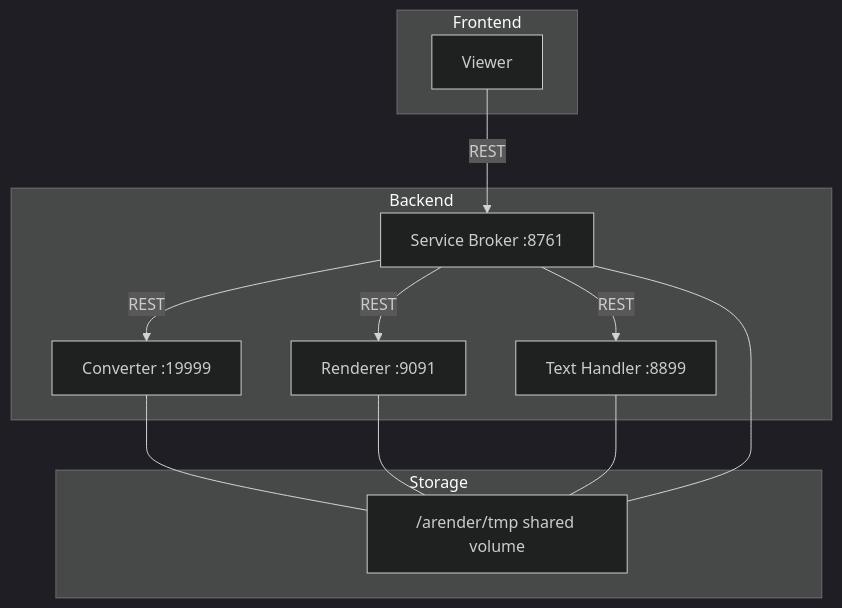
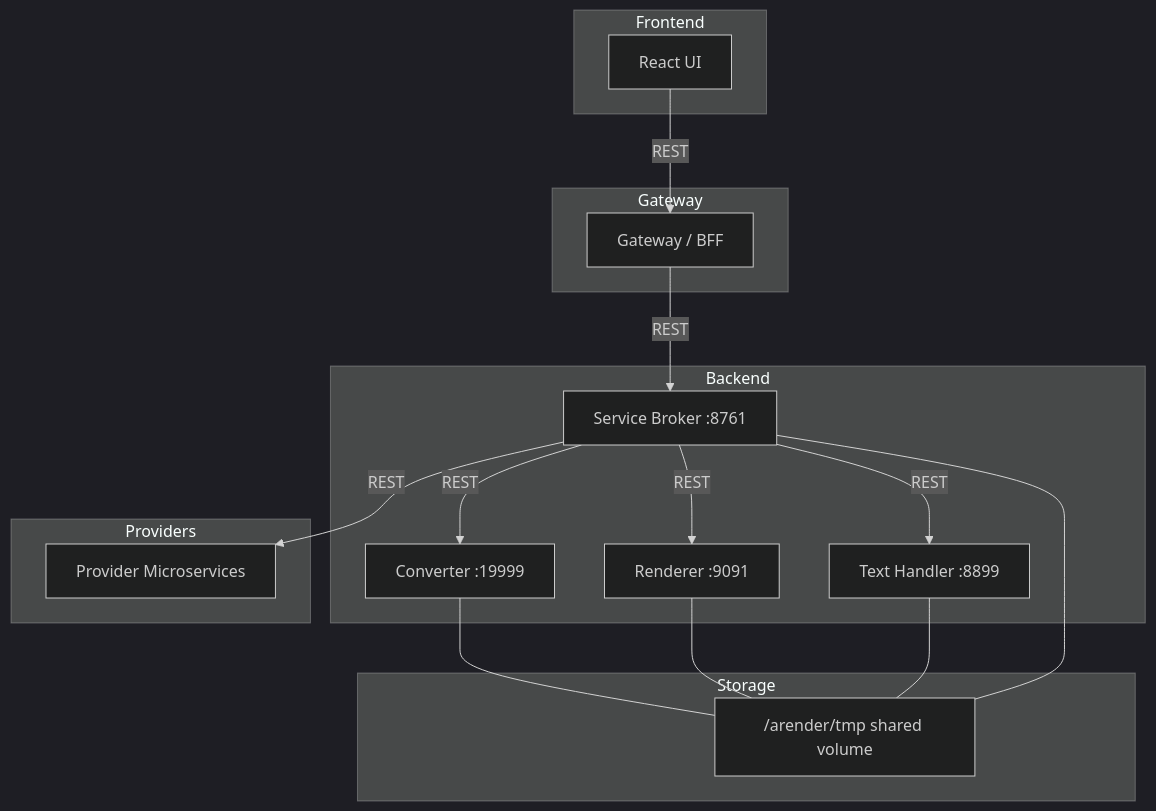
One commit to Uxopian/uxodocs changed the first of 3 diagrams in docs/arender/overview/architecture.modern.md. Above: the diagram before and after it, drawn with Mermaid (dark theme). The commit also changed other lines of this file and 5 other files, not shown here.

First line of the commit message:
AR-18228 Introduce reverse proxy / BFF layer in Modern Viewer documentation

````diff
--- a/docs/arender/overview/architecture.modern.md
+++ b/docs/arender/overview/architecture.modern.md
@@ -17,18 +17,25 @@
 ```mermaid
 graph TB
     subgraph Frontend
-        C[Viewer]
+        C[React UI]
+    end
+    subgraph Gateway
+        GW[Gateway / BFF]
     end
     subgraph Backend
-        C -->|REST| SB[Service Broker :8761]
+        GW -->|REST| SB[Service Broker :8761]
         SB -->|REST| DC[Converter :19999]
         SB -->|REST| DR[Renderer :9091]
         SB -->|REST| DT[Text Handler :8899]
+    end
+    subgraph Providers
+        SB -->|REST| P[Provider Microservices]
     end
     subgraph Storage
         DC --- TMP["/arender/tmp shared volume"]
         DR --- TMP
         DT --- TMP
         SB --- TMP
     end
+    C -->|REST| GW
 ```
````
